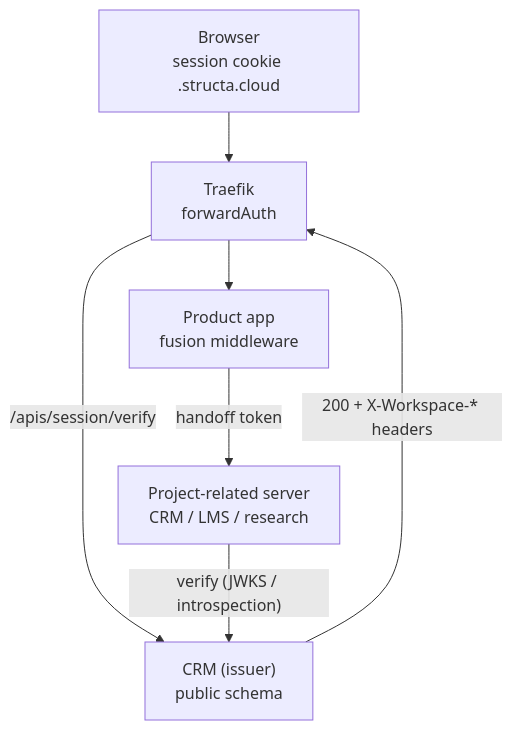
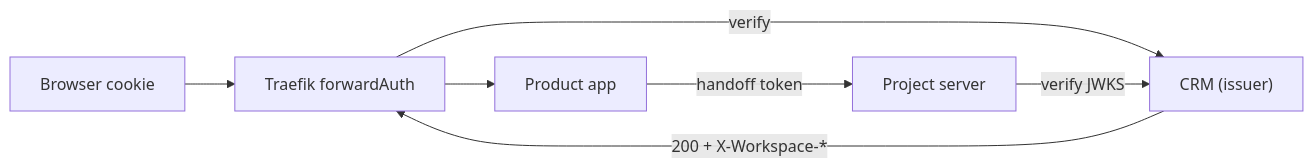
One commit to mammhoud/django-fusion changed the diagram in docs/plans/workspace-crm/02-workspace-session-and-proxy.md. Above: the diagram before and after it, drawn with Mermaid. The commit also changed other lines of this file and 108 other files, not shown here.

````diff
--- a/docs/plans/workspace-crm/02-workspace-session-and-proxy.md
+++ b/docs/plans/workspace-crm/02-workspace-session-and-proxy.md
@@ -49,9 +48,9 @@
 ```mermaid
-graph TB
-    B["Browser<br/>session cookie .structa.cloud"] --> T["Traefik<br/>forwardAuth"]
-    T -->|"/apis/session/verify"| C["CRM (issuer)<br/>public schema"]
-    C -->|"200 + X-Workspace-* headers"| T
-    T --> P["Product app<br/>fusion middleware"]
-    P -->|"handoff token"| S["Project-related server<br/>CRM / LMS / research"]
-    S -->|"verify (JWKS / introspection)"| C
+graph LR
+    B["Browser cookie"] --> T["Traefik forwardAuth"]
+    T -->|verify| C["CRM (issuer)"]
+    C -->|"200 + X-Workspace-*"| T
+    T --> P["Product app"]
+    P -->|handoff token| S["Project server"]
+    S -->|verify JWKS| C
 ```
````
